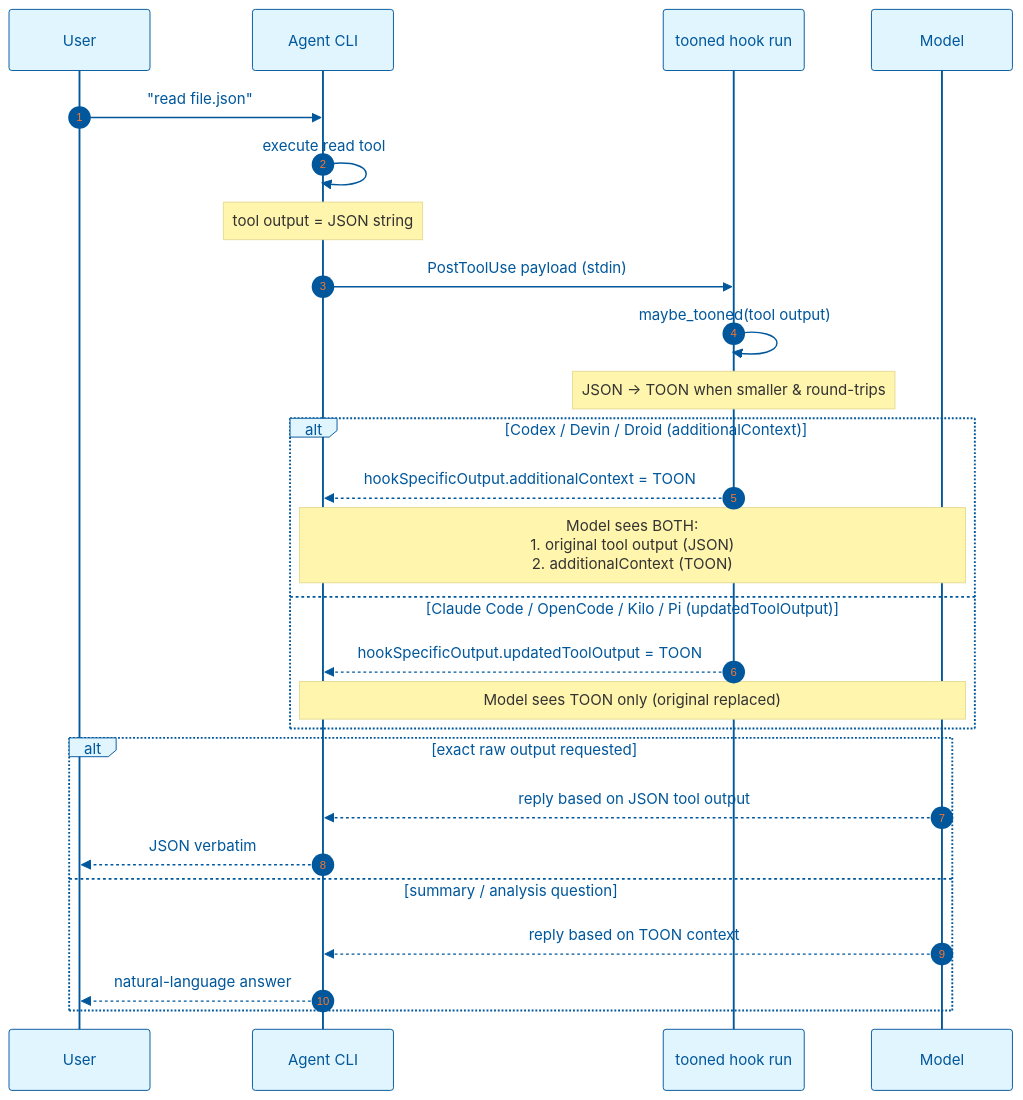
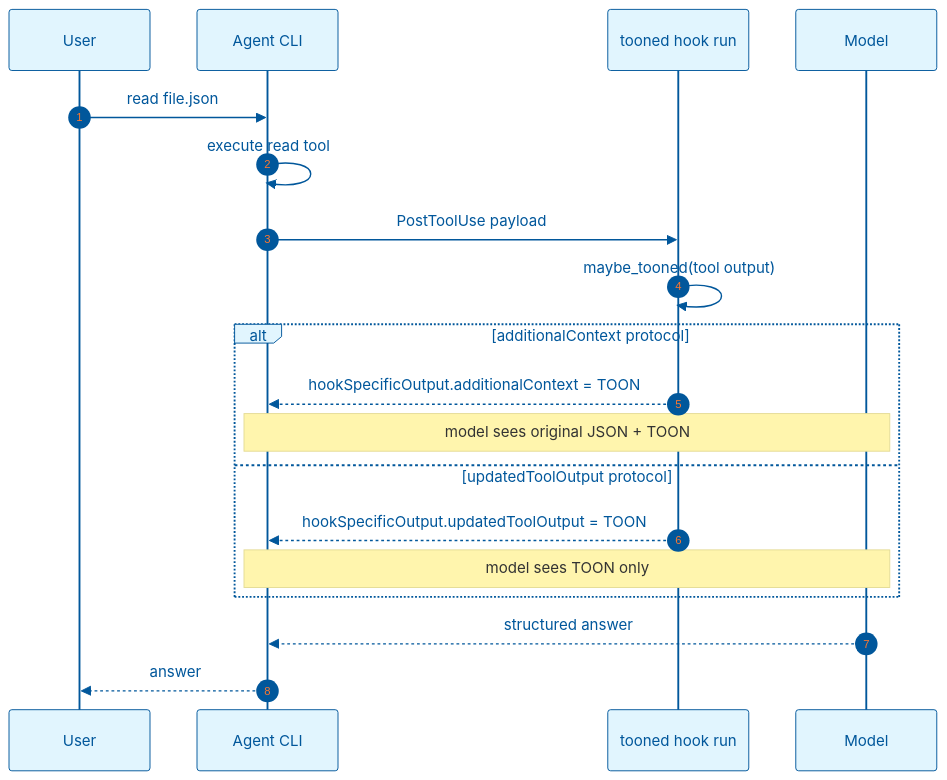
Before and after one commit to w0wl0lxd/tooned: the diagram in docs/agents/toon-hook-flow.md, drawn with Mermaid. The commit also changed other lines of this file and 8 other files, not shown here.

````diff
--- a/docs/agents/toon-hook-flow.md
+++ b/docs/agents/toon-hook-flow.md
@@ -19,30 +14,23 @@
 ```mermaid
-%%{init: {'theme': 'base', 'themeVariables': { 'primaryColor': '#e1f5fe', 'primaryTextColor': '#01579b', 'primaryBorderColor': '#01579b', 'lineColor': '#0288d1', 'secondaryColor': '#fff3e0', 'tertiaryColor': '#e8f5e9'}}}%%
+%%{init: {'theme': 'base', 'themeVariables': { 'primaryColor': '#e1f5fe', 'primaryTextColor': '#01579b', 'primaryBorderColor': '#01579b', 'lineColor': '#0288d1', 'secondaryColor': '#fff3e0'}}}%%
 sequenceDiagram
     autonumber
     participant U as User
     participant A as Agent CLI
     participant T as tooned hook run
     participant M as Model
 
-    U->>A: "read file.json"
+    U->>A: read file.json
     A->>A: execute read tool
-    Note over A: tool output = JSON string
-    A->>T: PostToolUse payload (stdin)
+    A->>T: PostToolUse payload
     T->>T: maybe_tooned(tool output)
-    Note over T: JSON → TOON when smaller & round-trips
-    alt Codex / Devin / Droid (additionalContext)
+    alt additionalContext protocol
         T-->>A: hookSpecificOutput.additionalContext = TOON
-        Note over A,M: Model sees BOTH:<br/>1. original tool output (JSON)<br/>2. additionalContext (TOON)
-    else Claude Code / OpenCode / Kilo / Pi (updatedToolOutput)
+        Note over A,M: model sees original JSON + TOON
+    else updatedToolOutput protocol
         T-->>A: hookSpecificOutput.updatedToolOutput = TOON
-        Note over A,M: Model sees TOON only (original replaced)
+        Note over A,M: model sees TOON only
     end
-    alt exact raw output requested
-        M-->>A: reply based on JSON tool output
-        A-->>U: JSON verbatim
-    else summary / analysis question
-        M-->>A: reply based on TOON context
-        A-->>U: natural-language answer
-    end
+    M-->>A: structured answer
+    A-->>U: answer
 ```
````
